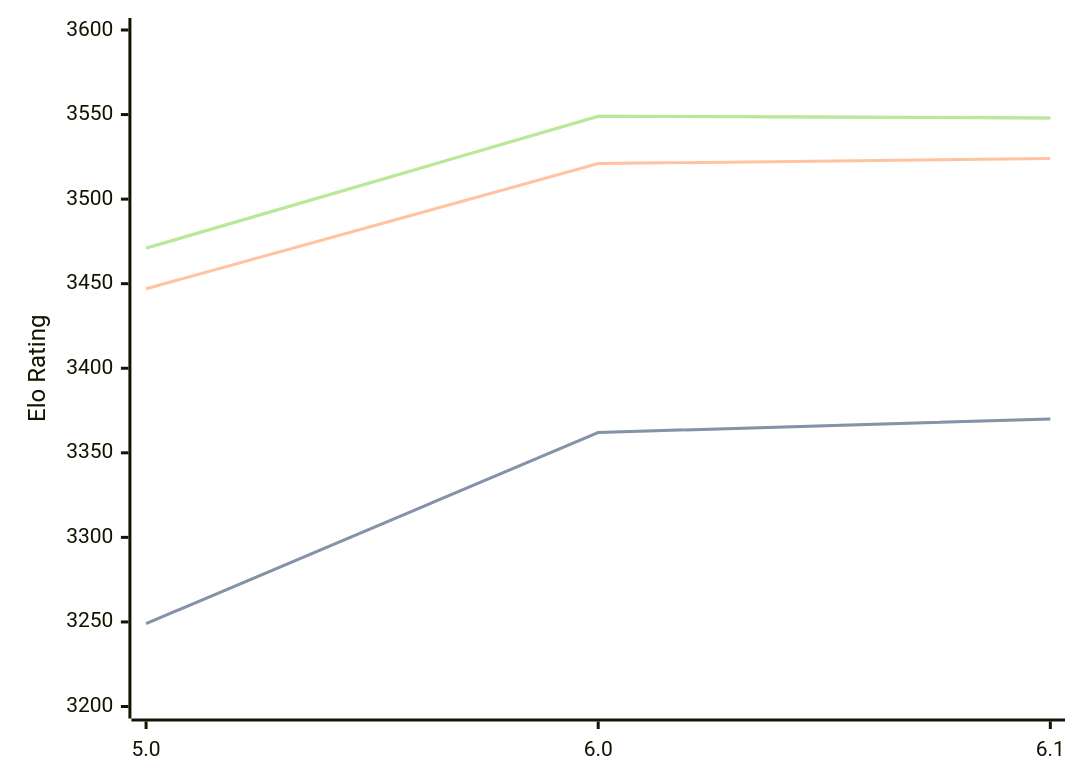
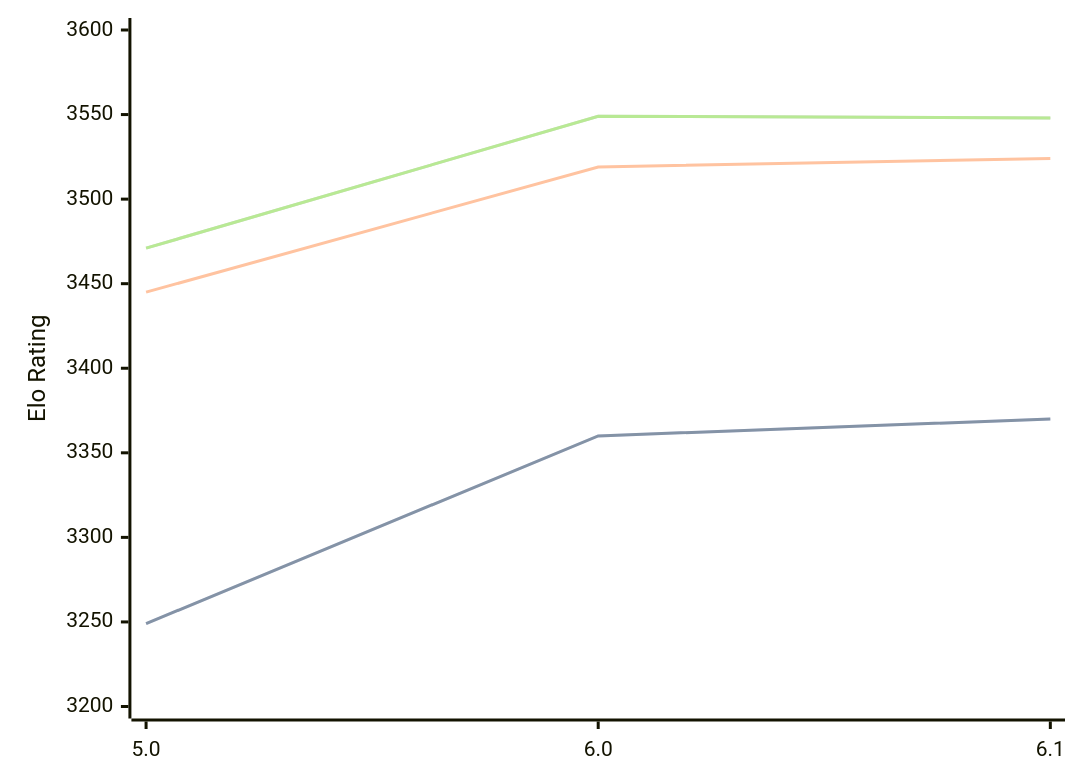
Before and after one commit to computer-chess-index/cci: the diagram in engines/Starzix.md, drawn with Mermaid. The commit also changed other lines of this file, not shown here.

````diff
--- a/engines/Starzix.md
+++ b/engines/Starzix.md
@@ -37,11 +37,11 @@
 ```mermaid
 %%{init: {"theme":"base","themeVariables":{"seriesColors:['#a3a3a3','#222221','#faa371']}}}%%
 xychart-beta
   x-axis ["5.0", "6.0", "6.1"]
   y-axis "Elo Rating" 3200 --> 3600
-  line "STC (8.0+0.08s)" [3249, 3362, 3370]
-  line "STC (8.0+0.08s)" [3249, 3362, 3370]
-  line "LTC (60.0+0.60s)" [3447, 3521, 3524]
+  line "STC (8.0+0.08s)" [3249, 3360, 3370]
+  line "STC (8.0+0.08s)" [3249, 3360, 3370]
+  line "LTC (60.0+0.60s)" [3445, 3519, 3524]
   line "VLTC (2m24s+1.12s)" [3471, 3549, 3548]
   line "VLTC (2m24s+1.12s)" [3471, 3549, 3548]
 ```
````
